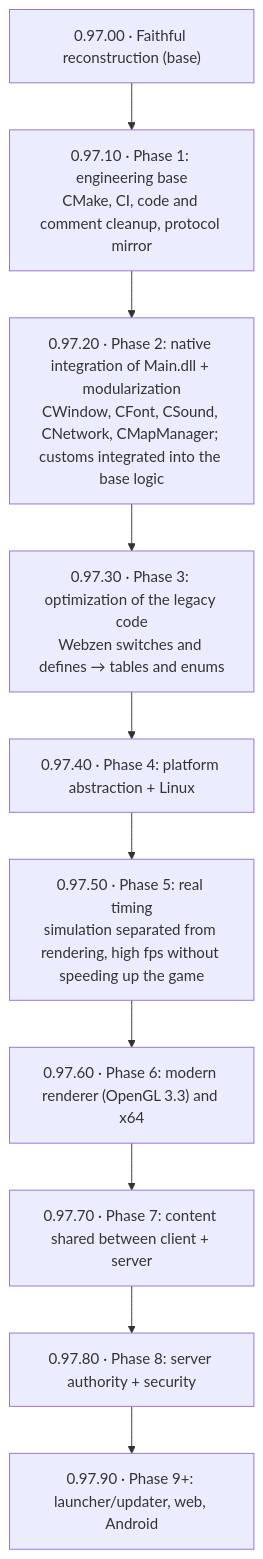
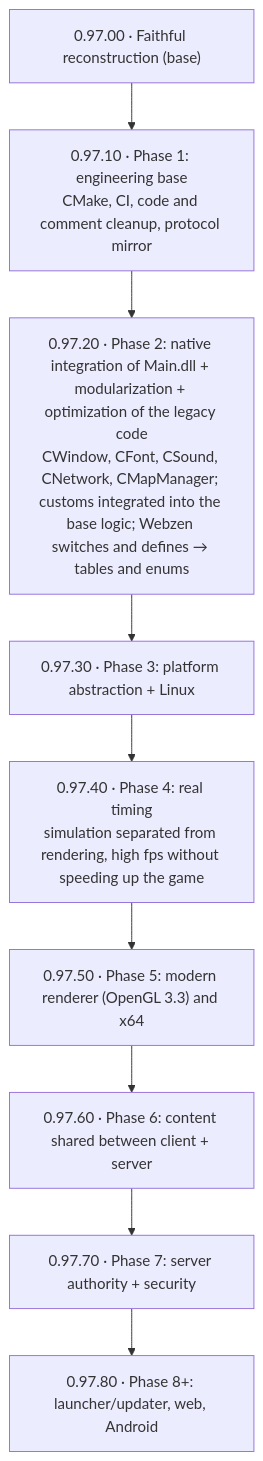
Before and after one commit to EmanuelCatania/Mu-97k-Client-Source: the first of 2 diagrams in README.en.md, drawn with Mermaid. The commit also changed 3 other files, not shown here.

````diff
--- a/README.en.md
+++ b/README.en.md
@@ -525,13 +525,12 @@
 ```mermaid
 flowchart TD
     F0["0.97.00 · Faithful reconstruction (base)"] --> F1
     F1["0.97.10 · Phase 1: engineering base<br/>CMake, CI, code and comment cleanup, protocol mirror"] --> F2
-    F2["0.97.20 · Phase 2: native integration of Main.dll + modularization<br/>CWindow, CFont, CSound, CNetwork, CMapManager; customs integrated into the base logic"] --> F3
-    F3["0.97.30 · Phase 3: optimization of the legacy code<br/>Webzen switches and defines → tables and enums"] --> F4
-    F4["0.97.40 · Phase 4: platform abstraction + Linux"] --> F5
-    F5["0.97.50 · Phase 5: real timing<br/>simulation separated from rendering, high fps without speeding up the game"] --> F6
-    F6["0.97.60 · Phase 6: modern renderer (OpenGL 3.3) and x64"] --> F7
-    F7["0.97.70 · Phase 7: content shared between client + server"] --> F8
-    F8["0.97.80 · Phase 8: server authority + security"] --> F9
-    F9["0.97.90 · Phase 9+: launcher/updater, web, Android"]
+    F2["0.97.20 · Phase 2: native integration of Main.dll + modularization + optimization of the legacy code<br/>CWindow, CFont, CSound, CNetwork, CMapManager; customs integrated into the base logic; Webzen switches and defines → tables and enums"] --> F3
+    F3["0.97.30 · Phase 3: platform abstraction + Linux"] --> F4
+    F4["0.97.40 · Phase 4: real timing<br/>simulation separated from rendering, high fps without speeding up the game"] --> F5
+    F5["0.97.50 · Phase 5: modern renderer (OpenGL 3.3) and x64"] --> F6
+    F6["0.97.60 · Phase 6: content shared between client + server"] --> F7
+    F7["0.97.70 · Phase 7: server authority + security"] --> F8
+    F8["0.97.80 · Phase 8+: launcher/updater, web, Android"]
 ```
````
